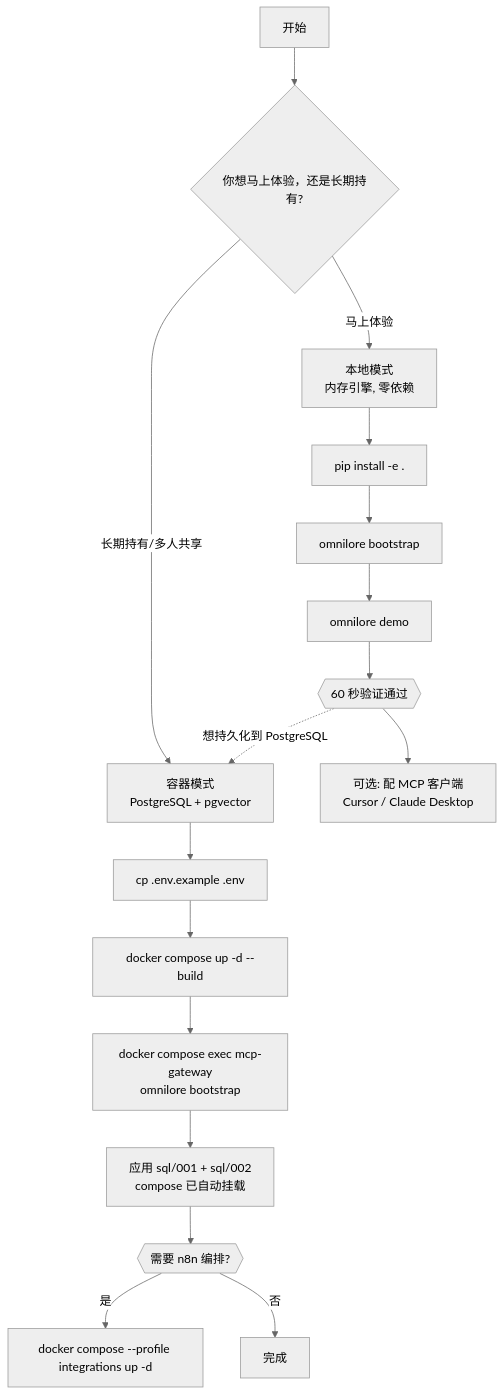
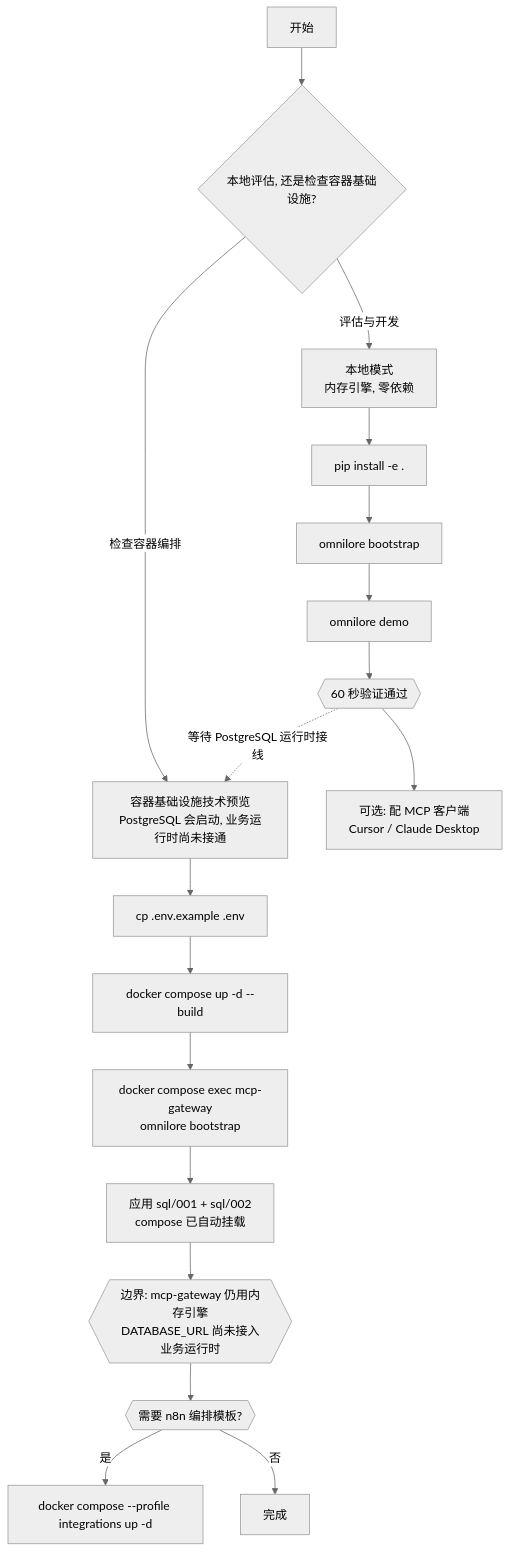
One commit to KillerMan12345/OmniLore changed the diagram in README.md. Above: the diagram before and after it, drawn with Mermaid (neutral theme). The commit also changed other lines of this file and 16 other files, not shown here.

First line of the commit message:
fix: 消除「容器模式 = 真实 PostgreSQL」虚标，全面核对文档与实现

````diff
--- a/README.md
+++ b/README.md
@@ -155,22 +155,23 @@
 ```mermaid
 flowchart TD
-    A[开始] --> B{你想马上体验，还是长期持有?}
-    B -->|马上体验| C[本地模式<br/>内存引擎, 零依赖]
-    B -->|长期持有/多人共享| D[容器模式<br/>PostgreSQL + pgvector]
+    A[开始] --> B{本地评估, 还是检查容器基础设施?}
+    B -->|评估与开发| C[本地模式<br/>内存引擎, 零依赖]
+    B -->|检查容器编排| D[容器基础设施技术预览<br/>PostgreSQL 会启动, 业务运行时尚未接通]
 
     C --> C1[pip install -e .]
     C1 --> C2[omnilore bootstrap]
     C2 --> C3[omnilore demo]
     C3 --> C4{{60 秒验证通过}}
     C4 --> C5[可选: 配 MCP 客户端<br/>Cursor / Claude Desktop]
 
     D --> D1[cp .env.example .env]
     D1 --> D2[docker compose up -d --build]
     D2 --> D3[docker compose exec mcp-gateway<br/>omnilore bootstrap]
     D3 --> D4[应用 sql/001 + sql/002<br/>compose 已自动挂载]
-    D4 --> D5{{需要 n8n 编排?}}
+    D4 --> D4B{{边界: mcp-gateway 仍用内存引擎<br/>DATABASE_URL 尚未接入业务运行时}}
+    D4B --> D5{{需要 n8n 编排模板?}}
     D5 -->|是| D6[docker compose --profile integrations up -d]
     D5 -->|否| D7[完成]
 
-    C4 -.想持久化到 PostgreSQL.-> D
+    C4 -.等待 PostgreSQL 运行时接线.-> D
 ```
````
